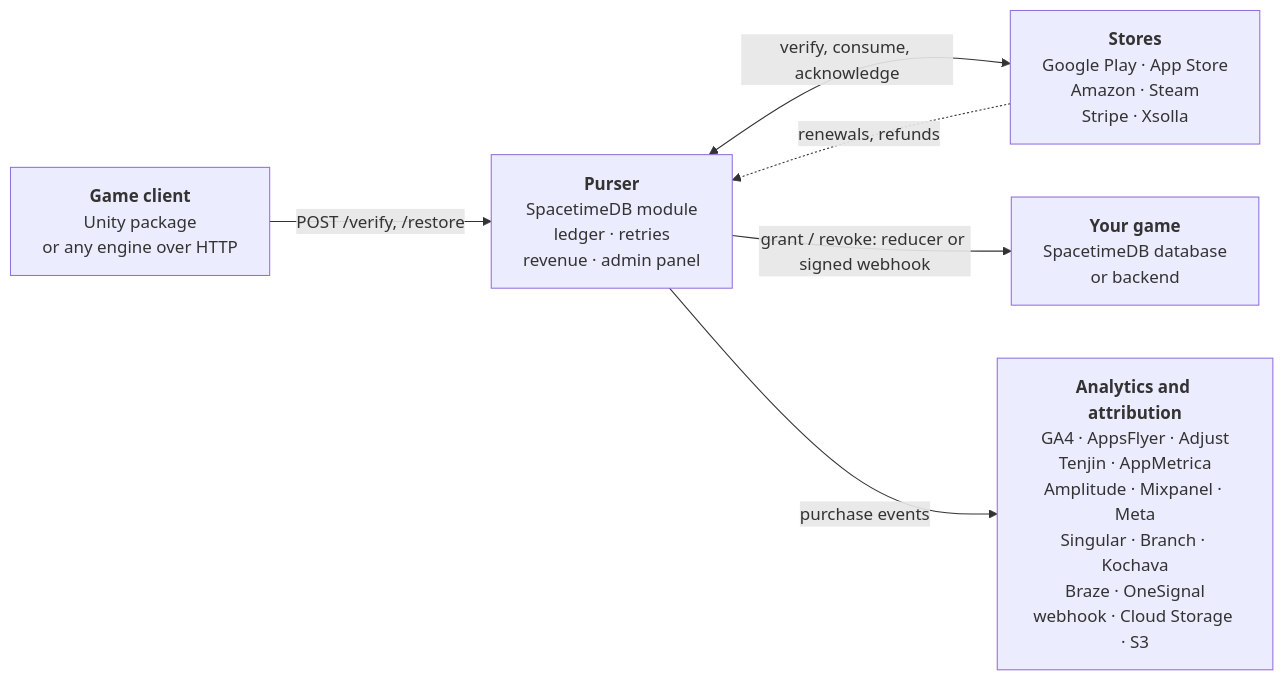
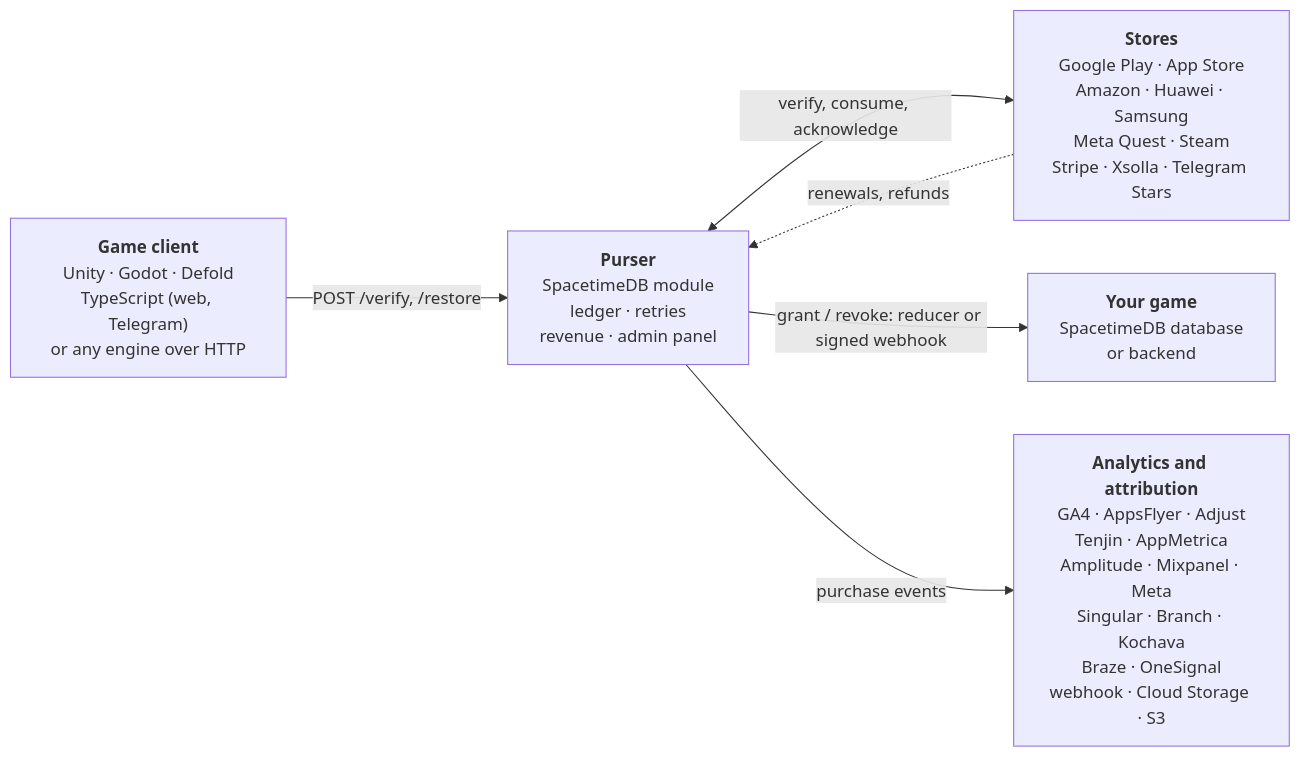
One commit to yevhenii-sir/purser changed the diagram in docs/index.md. Above: the diagram before and after it, drawn with Mermaid. The commit also changed other lines of this file and 4 other files, not shown here.

````diff
--- a/docs/index.md
+++ b/docs/index.md
@@ -7,14 +7,14 @@
 ```mermaid
 flowchart LR
-    client["<b>Game client</b><br/>Unity package<br/>or any engine over HTTP"]
+    client["<b>Game client</b><br/>Unity · Godot · Defold<br/>TypeScript (web, Telegram)<br/>or any engine over HTTP"]
     purser["<b>Purser</b><br/>SpacetimeDB module<br/>ledger · retries<br/>revenue · admin panel"]
-    stores["<b>Stores</b><br/>Google Play · App Store<br/>Amazon · Steam<br/>Stripe · Xsolla"]
+    stores["<b>Stores</b><br/>Google Play · App Store<br/>Amazon · Huawei · Samsung<br/>Meta Quest · Steam<br/>Stripe · Xsolla · Telegram Stars"]
     game["<b>Your game</b><br/>SpacetimeDB database<br/>or backend"]
     tools["<b>Analytics and attribution</b><br/>GA4 · AppsFlyer · Adjust<br/>Tenjin · AppMetrica<br/>Amplitude · Mixpanel · Meta<br/>Singular · Branch · Kochava<br/>Braze · OneSignal<br/>webhook · Cloud Storage · S3"]
 
     client -->|"POST /verify, /restore"| purser
     purser <-->|"verify, consume, acknowledge"| stores
     stores -.->|"renewals, refunds"| purser
     purser -->|"grant / revoke: reducer or signed webhook"| game
     purser -->|"purchase events"| tools
 ```
````
